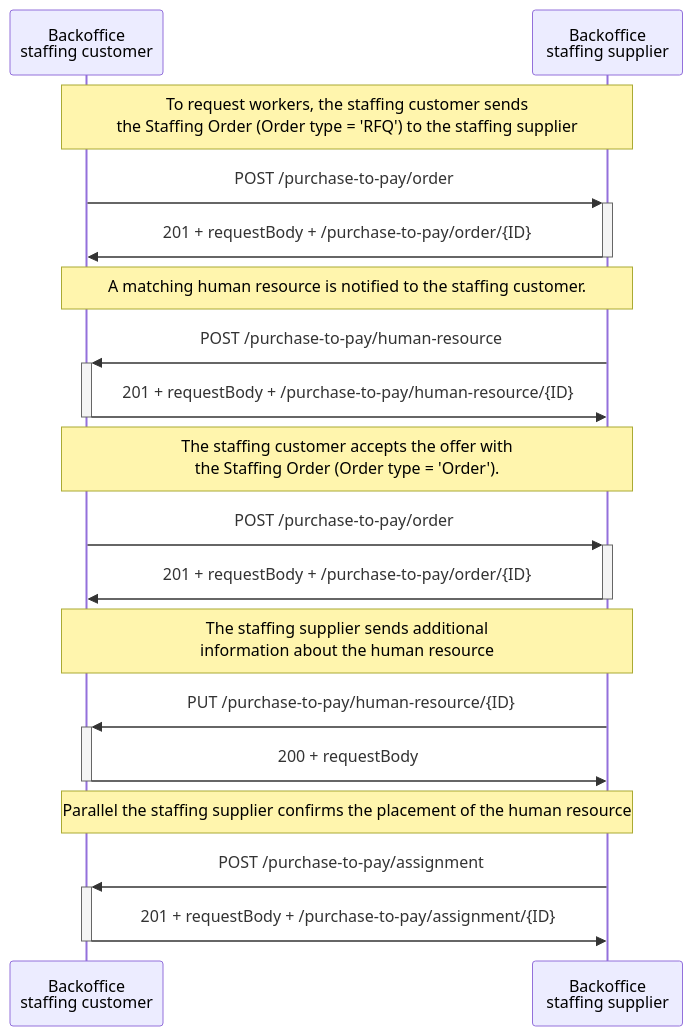
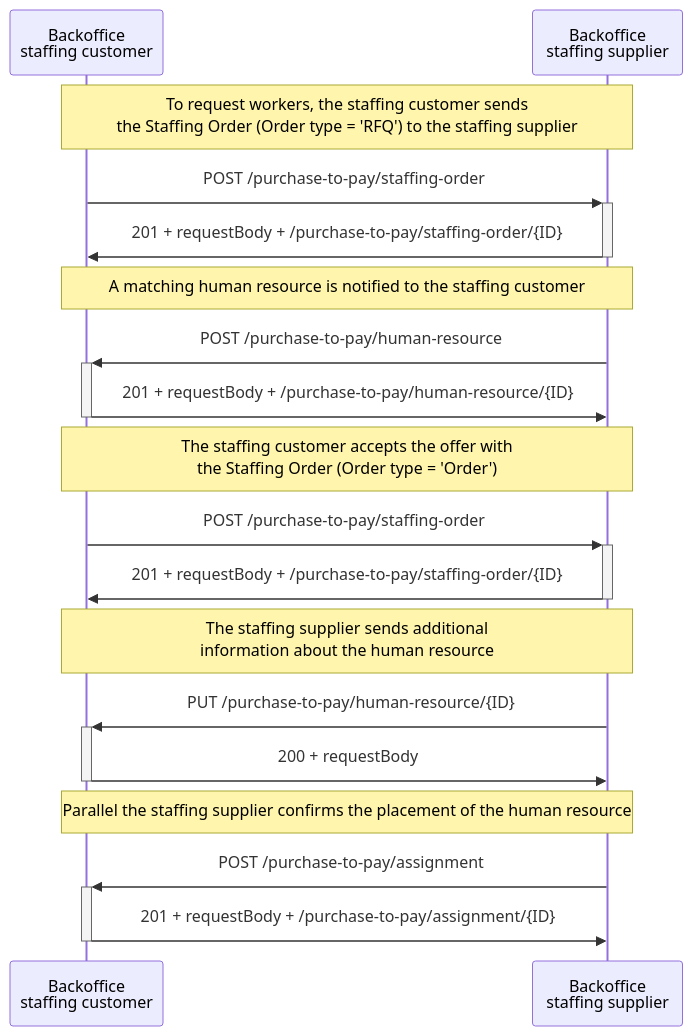
The first of 5 diagrams in app/docs/API Specification/purchase-to-pay/processes.md (setu-standards/documentation), drawn with Mermaid before and after one commit. The commit also changed other lines of this file and 1 other file, not shown here.

````diff
--- a/app/docs/API Specification/purchase-to-pay/processes.md
+++ b/app/docs/API Specification/purchase-to-pay/processes.md
@@ -49,26 +49,26 @@
 ```mermaid
 sequenceDiagram
     participant Customer as Backoffice <br/> staffing customer
     participant Supplier as Backoffice <br/> staffing supplier
 
     Note over Customer,Supplier: To request workers, the staffing customer sends <br/> the Staffing Order (Order type = 'RFQ') to the staffing supplier
-    Customer ->>+ Supplier: POST /purchase-to-pay/order
-    Supplier ->>- Customer: 201 + requestBody + /purchase-to-pay/order/{ID}
+    Customer ->>+ Supplier: POST /purchase-to-pay/staffing-order
+    Supplier ->>- Customer: 201 + requestBody + /purchase-to-pay/staffing-order/{ID}
 
-    Note over Customer,Supplier: A matching human resource is notified to the staffing customer.
+    Note over Customer,Supplier: A matching human resource is notified to the staffing customer
     Supplier ->>+ Customer: POST /purchase-to-pay/human-resource
     Customer ->>- Supplier: 201 + requestBody + /purchase-to-pay/human-resource/{ID}
 
-    Note over Customer,Supplier: The staffing customer accepts the offer with <br/> the Staffing Order (Order type = 'Order').
-    Customer ->>+ Supplier: POST /purchase-to-pay/order
-    Supplier ->>- Customer: 201 + requestBody + /purchase-to-pay/order/{ID}
+    Note over Customer,Supplier: The staffing customer accepts the offer with <br/> the Staffing Order (Order type = 'Order')
+    Customer ->>+ Supplier: POST /purchase-to-pay/staffing-order
+    Supplier ->>- Customer: 201 + requestBody + /purchase-to-pay/staffing-order/{ID}
 
     Note over Customer,Supplier: The staffing supplier sends additional <br/> information about the human resource
     Supplier ->>+ Customer: PUT /purchase-to-pay/human-resource/{ID}
     Customer ->>- Supplier: 200 + requestBody 
 
     Note over Customer,Supplier: Parallel the staffing supplier confirms the placement of the human resource
     Supplier ->>+ Customer: POST /purchase-to-pay/assignment
     Customer ->>- Supplier: 201 + requestBody + /purchase-to-pay/assignment/{ID}
 
 ```
````
